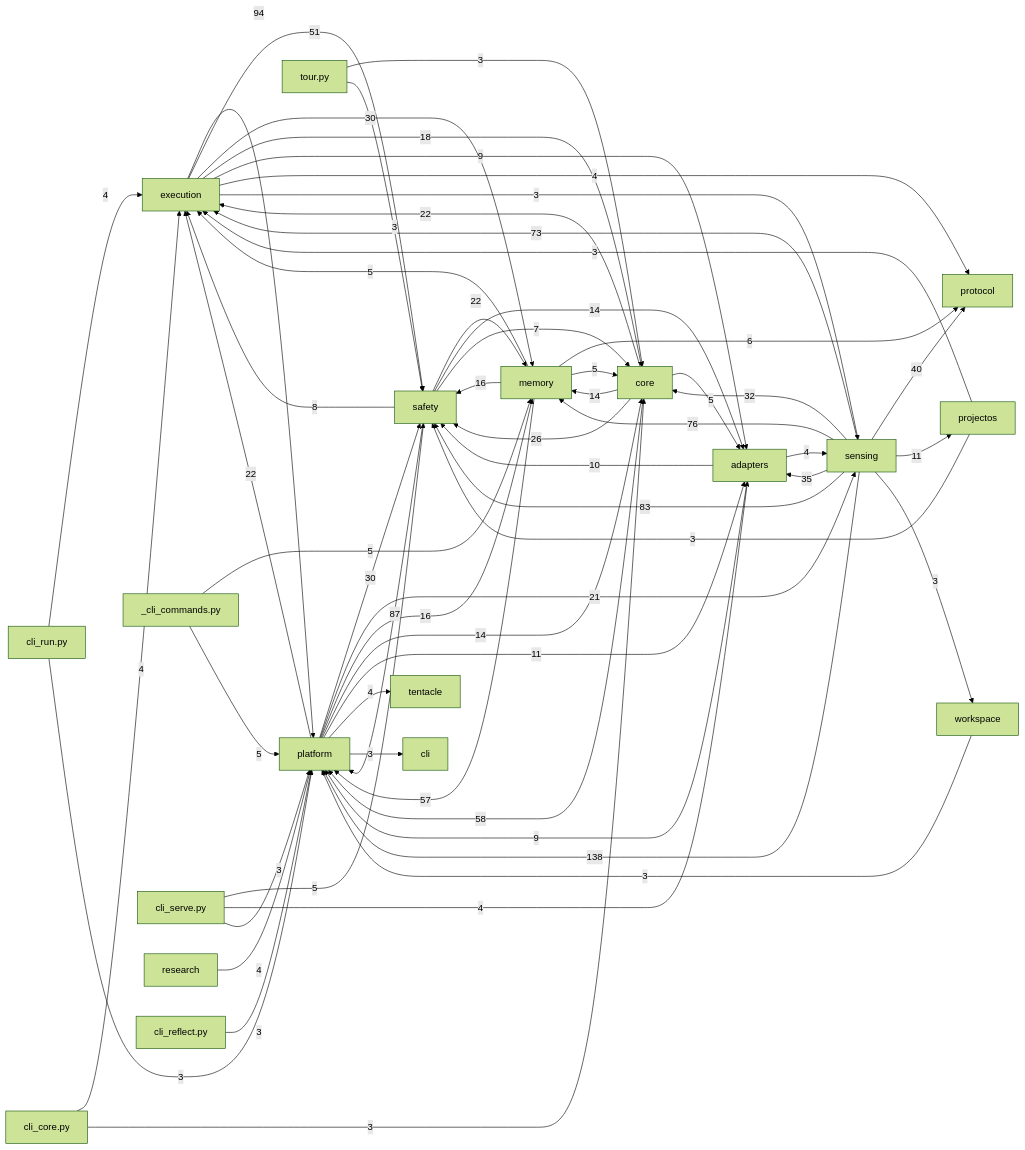
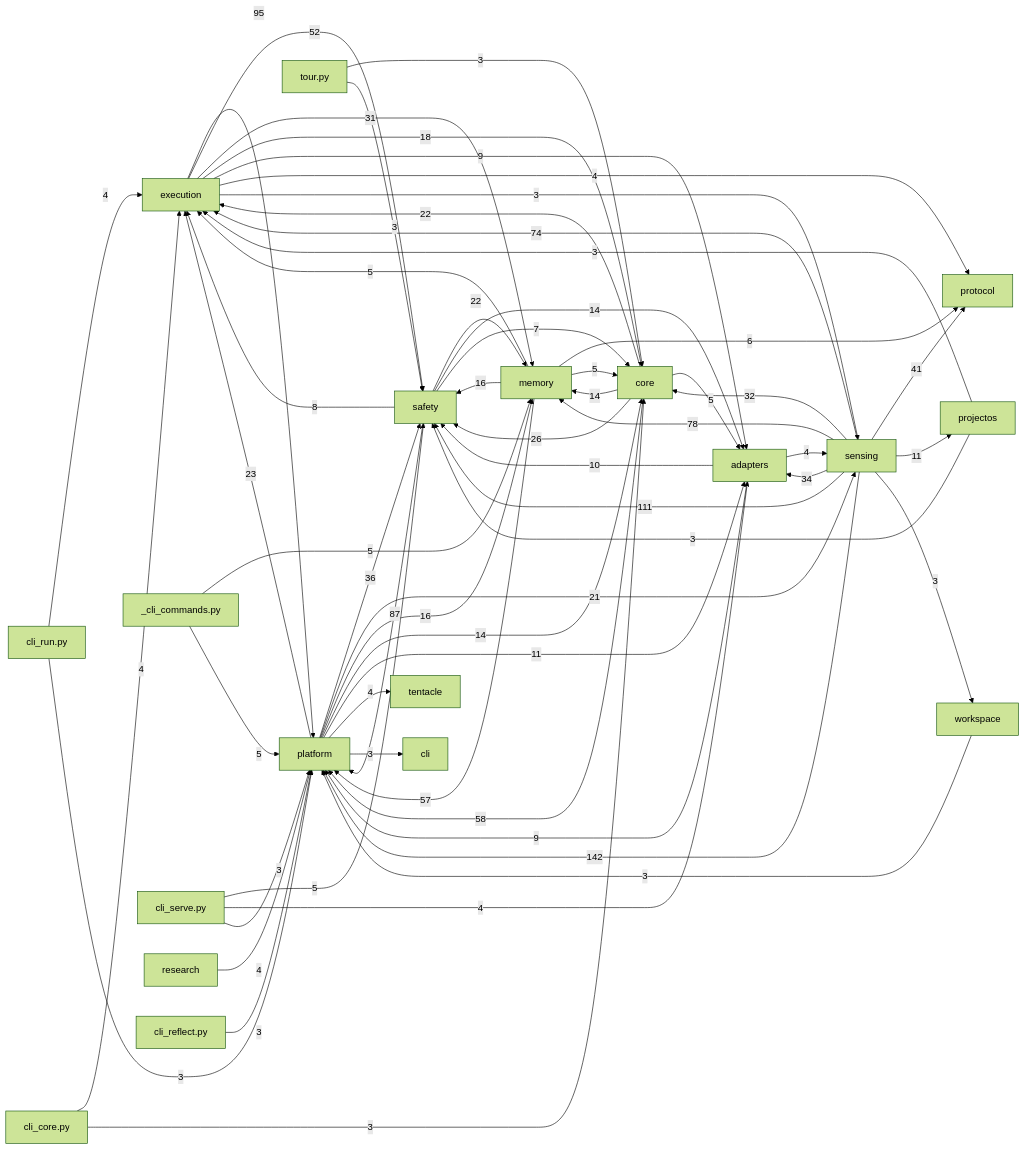
One commit to dengdenghua/octopus-agent changed the diagram in docs/auto/20-backend/index.md. Above: the diagram before and after it, drawn with Mermaid (forest theme). The commit also changed 23 other files, not shown here.

````diff
--- a/docs/auto/20-backend/index.md
+++ b/docs/auto/20-backend/index.md
@@ -26,68 +26,68 @@
 ```mermaid
 graph LR
   execution[execution]
   core[core]
   safety[safety]
   memory[memory]
   sensing[sensing]
   adapters[adapters]
   platform[platform]
-  sensing -- 138 --> platform
-  execution -- 94 --> platform
+  sensing -- 142 --> platform
+  sensing -- 111 --> safety
+  execution -- 95 --> platform
   safety -- 87 --> platform
-  sensing -- 83 --> safety
-  sensing -- 76 --> memory
-  sensing -- 73 --> execution
+  sensing -- 78 --> memory
+  sensing -- 74 --> execution
   core -- 58 --> platform
   memory -- 57 --> platform
-  execution -- 51 --> safety
-  sensing -- 40 --> protocol
-  sensing -- 35 --> adapters
+  execution -- 52 --> safety
+  sensing -- 41 --> protocol
+  platform -- 36 --> safety
+  sensing -- 34 --> adapters
   sensing -- 32 --> core
-  execution -- 30 --> memory
-  platform -- 30 --> safety
+  execution -- 31 --> memory
   core -- 26 --> safety
+  platform -- 23 --> execution
   core -- 22 --> execution
-  platform -- 22 --> execution
   safety -- 22 --> memory
   platform -- 21 --> sensing
   execution -- 18 --> core
   memory -- 16 --> safety
   platform -- 16 --> memory
   core -- 14 --> memory
   platform -- 14 --> core
   safety -- 14 --> adapters
   platform -- 11 --> adapters
   sensing -- 11 --> projectos
   adapters -- 10 --> safety
   adapters -- 9 --> platform
   execution -- 9 --> adapters
   safety -- 8 --> execution
   safety -- 7 --> core
   memory -- 6 --> protocol
   _cli_commands.py -- 5 --> memory
   _cli_commands.py -- 5 --> platform
   cli_serve.py -- 5 --> safety
   core -- 5 --> adapters
   memory -- 5 --> core
   memory -- 5 --> execution
   adapters -- 4 --> sensing
   cli_core.py -- 4 --> execution
   cli_run.py -- 4 --> execution
   cli_serve.py -- 4 --> adapters
   execution -- 4 --> protocol
   platform -- 4 --> tentacle
   research -- 4 --> platform
   cli_core.py -- 3 --> core
   cli_reflect.py -- 3 --> platform
   cli_run.py -- 3 --> platform
   cli_serve.py -- 3 --> platform
   execution -- 3 --> sensing
   platform -- 3 --> cli
   projectos -- 3 --> execution
   projectos -- 3 --> safety
   sensing -- 3 --> workspace
   tour.py -- 3 --> core
   tour.py -- 3 --> safety
   workspace -- 3 --> platform
 ```
````
